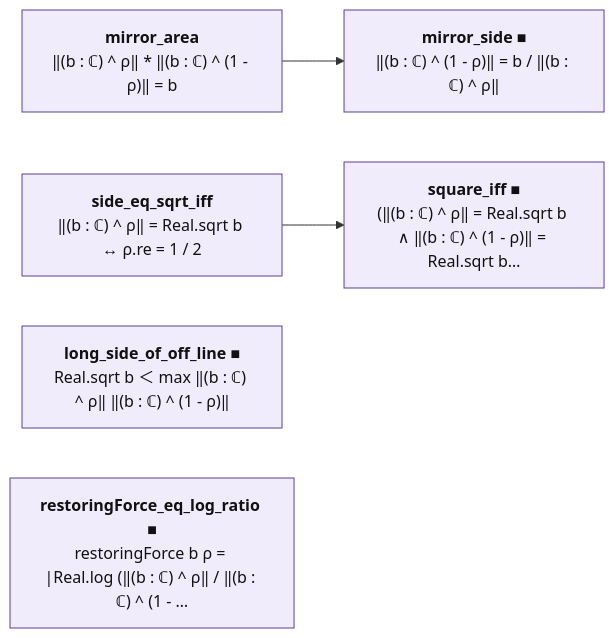
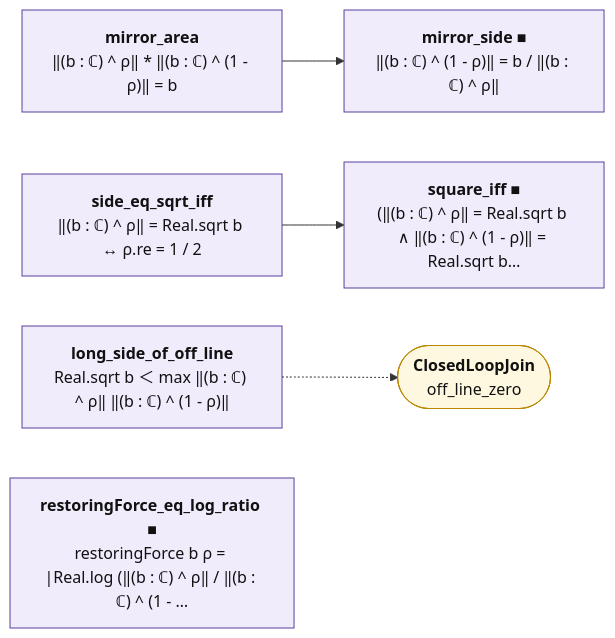
The diagram in map/lean_stage3/MirrorArea.mmd (juliansambranojr/Primebeat_081426), drawn with Mermaid before and after one commit. The commit also changed 28 other files, not shown here.

```diff
--- a/map/lean_stage3/MirrorArea.mmd
+++ b/map/lean_stage3/MirrorArea.mmd
@@ -1,17 +1,19 @@
 flowchart LR
   n0["<b>mirror_area</b><br/>‖(b : ℂ) ^ ρ‖ * ‖(b : ℂ) ^ (1 - ρ)‖ = b"]:::shp
   n1["<b>mirror_side ■</b><br/>‖(b : ℂ) ^ (1 - ρ)‖ = b / ‖(b : ℂ) ^ ρ‖"]:::shp
   n2["<b>side_eq_sqrt_iff</b><br/>‖(b : ℂ) ^ ρ‖ = Real.sqrt b ↔ ρ.re = 1 / 2"]:::shp
   n3["<b>square_iff ■</b><br/>(‖(b : ℂ) ^ ρ‖ = Real.sqrt b ∧ ‖(b : ℂ) ^ (1 - ρ)‖ = Real.sqrt b…"]:::shp
-  n4["<b>long_side_of_off_line ■</b><br/>Real.sqrt b ＜ max ‖(b : ℂ) ^ ρ‖ ‖(b : ℂ) ^ (1 - ρ)‖"]:::shp
+  n4["<b>long_side_of_off_line</b><br/>Real.sqrt b ＜ max ‖(b : ℂ) ^ ρ‖ ‖(b : ℂ) ^ (1 - ρ)‖"]:::shp
   n5["<b>restoringForce_eq_log_ratio ■</b><br/>restoringForce b ρ = |Real.log (‖(b : ℂ) ^ ρ‖ / ‖(b : ℂ) ^ (1 - …"]:::shp
+  x0(["<b>ClosedLoopJoin</b><br/>off_line_zero"]):::ext
   n0 --> n1
   n2 --> n3
+  n4 -.-> x0
   classDef cnt fill:#dff5ec,stroke:#17694a,color:#111
   classDef shp fill:#f1ecfb,stroke:#5b3fa0,color:#111
   classDef rh fill:#ffe5e5,stroke:#c22,color:#111,stroke-width:2px
   classDef thm fill:#eef4ff,stroke:#335,color:#111
   classDef end_ fill:#e7f7e7,stroke:#2a7,color:#111,stroke-width:2px
   classDef lone fill:#fff,stroke:#999,color:#111,stroke-dasharray:4 3
   classDef bad fill:#ffe5e5,stroke:#c22,color:#111,stroke-width:2px
   classDef ext fill:#fff8e1,stroke:#b80,color:#111
```
